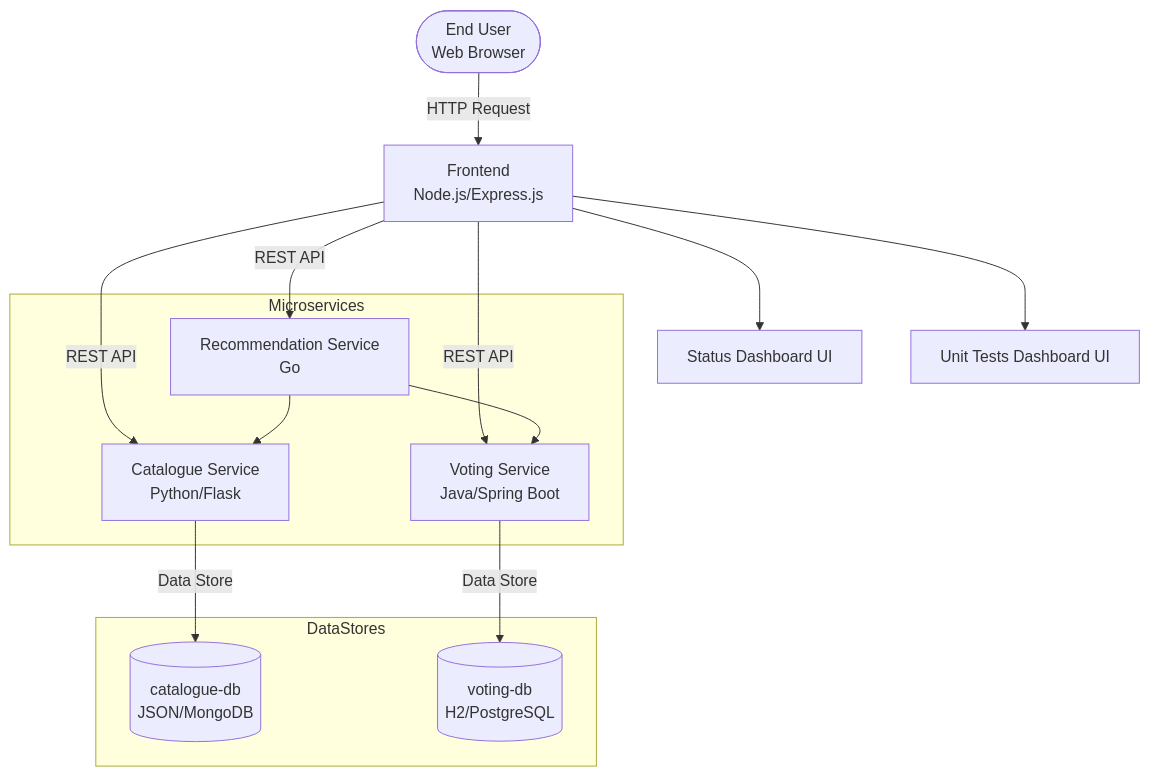
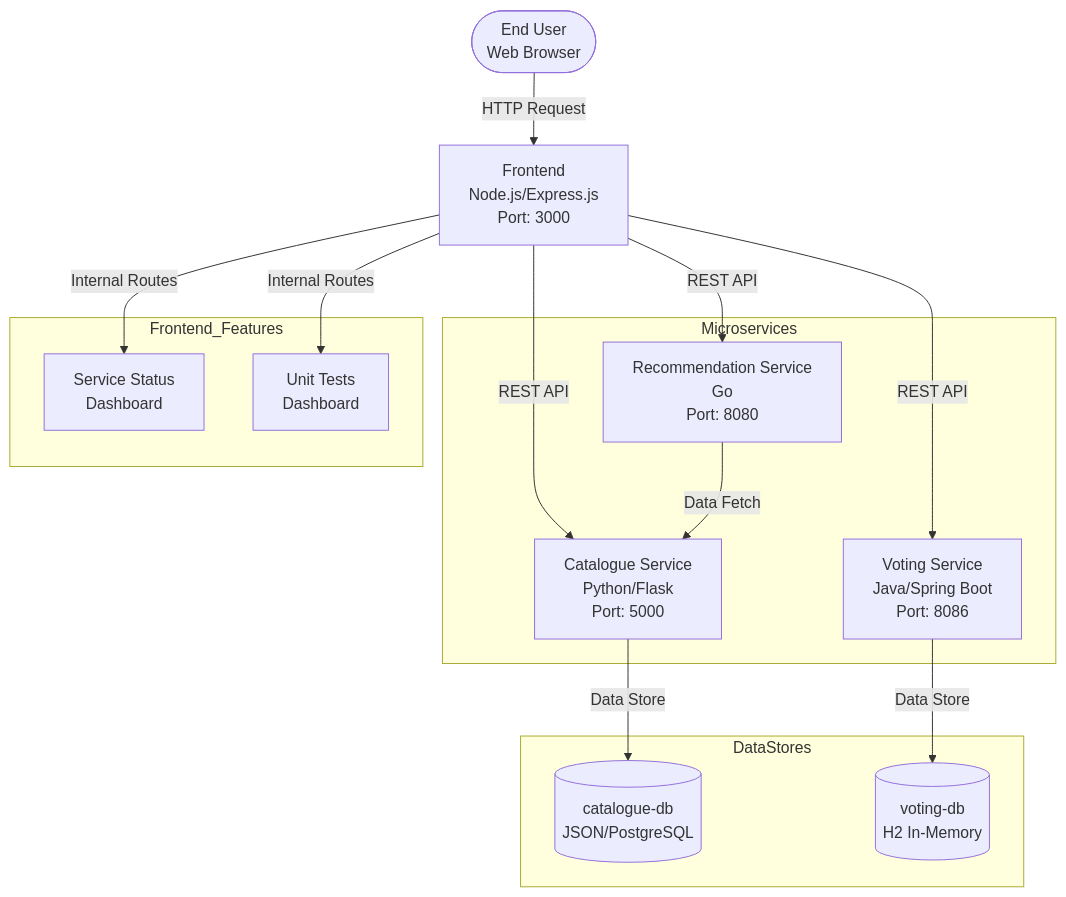
The diagram in docs/crafty.md (Krishna4K2/Crafty), drawn with Mermaid before and after one commit. The commit also changed 5 other files, not shown here.

````diff
--- a/docs/crafty.md
+++ b/docs/crafty.md
@@ -1,25 +1,30 @@
 ```mermaid
 flowchart TD
     User([End User<br>Web Browser])
-    User -->|HTTP Request| FE[Frontend<br>Node.js/Express.js]
-    FE -->|REST API| CAT[Catalogue Service<br>Python/Flask]
-    FE -->|REST API| VOTE[Voting Service<br>Java/Spring Boot]
-    FE -->|REST API| REC[Recommendation Service<br>Go]
-    CAT -->|Data Store| CATDB[(catalogue-db<br>JSON/MongoDB)]
-    VOTE -->|Data Store| VOTEDB[(voting-db<br>H2/PostgreSQL)]
-    REC --> CAT
-    REC --> VOTE
-    FE --> FEStatusUI[Status Dashboard UI]
-    FE --> FEUnitTestUI[Unit Tests Dashboard UI]
+    User -->|HTTP Request| FE[Frontend<br>Node.js/Express.js<br>Port: 3000]
+    FE -->|REST API| CAT[Catalogue Service<br>Python/Flask<br>Port: 5000]
+    FE -->|REST API| VOTE[Voting Service<br>Java/Spring Boot<br>Port: 8086]
+    FE -->|REST API| REC[Recommendation Service<br>Go<br>Port: 8080]
 
-    %% Optional: Grouping (visual only, not strict in Mermaid)
+    CAT -->|Data Store| CATDB[(catalogue-db<br>JSON/PostgreSQL)]
+    VOTE -->|Data Store| VOTEDB[(voting-db<br>H2 In-Memory)]
+    REC -->|Data Fetch| CAT
+
+    FE -->|Internal Routes| FEStatus[Service Status<br>Dashboard]
+    FE -->|Internal Routes| FEUnitTests[Unit Tests<br>Dashboard]
+
+    %% Grouping
     subgraph Microservices
         CAT
         VOTE
         REC
     end
     subgraph DataStores
         CATDB
         VOTEDB
     end
+    subgraph Frontend_Features
+        FEStatus
+        FEUnitTests
+    end
 ```
````
